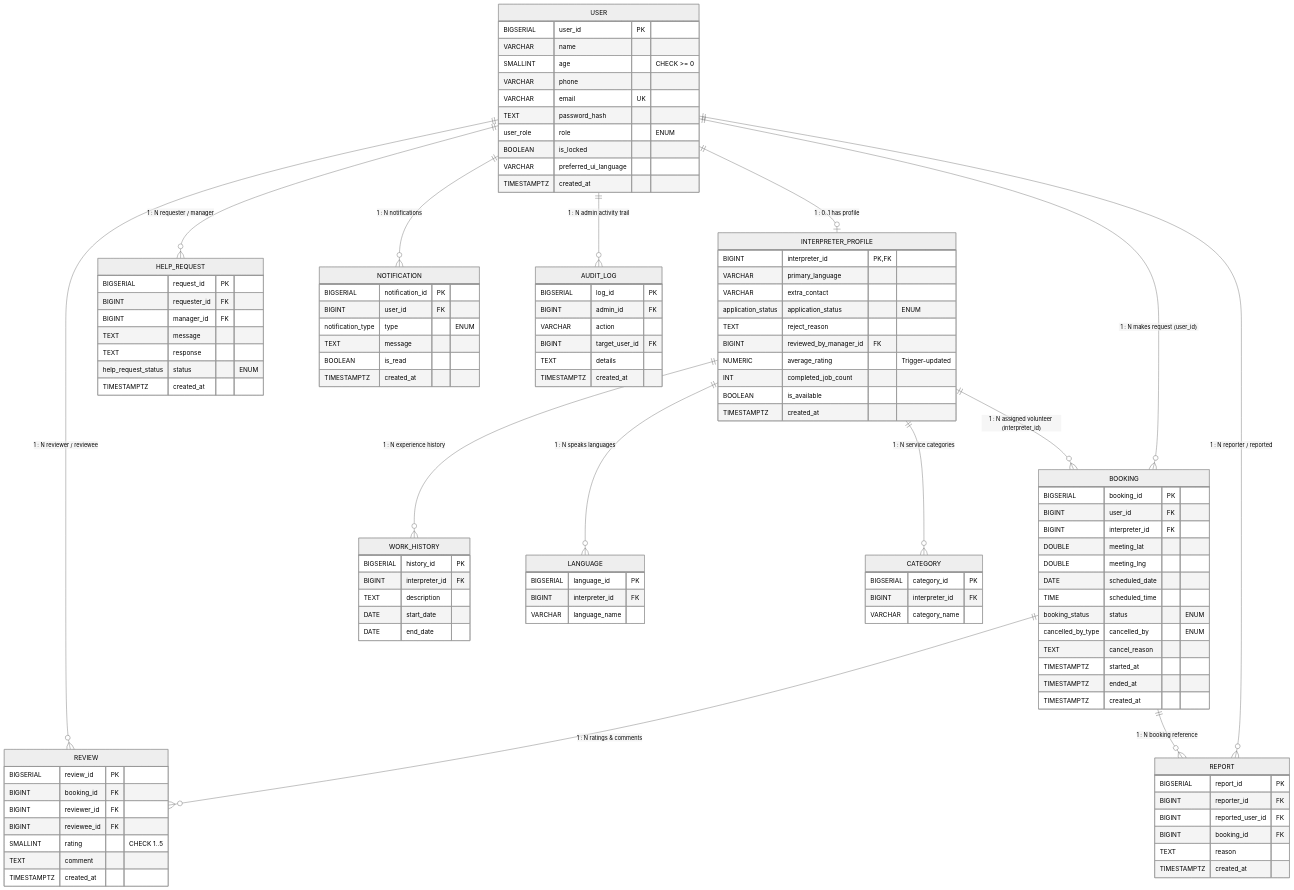
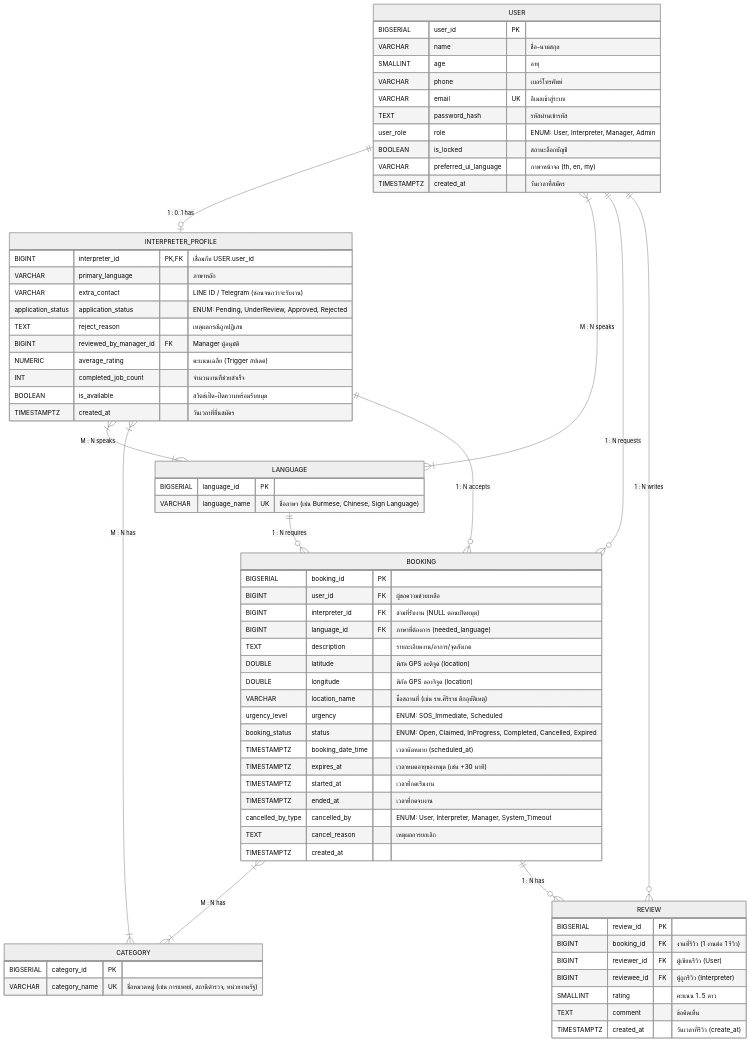
One commit to OnisawanO/khvi-helper changed the second of 3 diagrams in detail.md. Above: the diagram before and after it, drawn with Mermaid (neutral theme). The commit also changed other lines of this file, not shown here.

Commit message:
docs: update system design and specification for map-based SOS volunteer interpreter platform

````diff
--- a/detail.md
+++ b/detail.md
@@ -148,129 +150,81 @@
 ```mermaid
 erDiagram
-    USER ||--o| INTERPRETER_PROFILE : "1 : 0..1 has profile"
-    USER ||--o{ BOOKING : "1 : N makes request (user_id)"
-    INTERPRETER_PROFILE ||--o{ BOOKING : "1 : N assigned volunteer (interpreter_id)"
+    USER ||--o| INTERPRETER_PROFILE : "1 : 0..1 has"
+    USER }|--|{ LANGUAGE : "M : N speaks"
+    USER ||--o{ BOOKING : "1 : N requests"
+    USER ||--o{ REVIEW : "1 : N writes"
     
-    INTERPRETER_PROFILE ||--o{ WORK_HISTORY : "1 : N experience history"
-    INTERPRETER_PROFILE ||--o{ LANGUAGE : "1 : N speaks languages"
-    INTERPRETER_PROFILE ||--o{ CATEGORY : "1 : N service categories"
+    INTERPRETER_PROFILE }|--|{ LANGUAGE : "M : N speaks"
+    INTERPRETER_PROFILE }|--|{ CATEGORY : "M : N has"
+    INTERPRETER_PROFILE ||--o{ BOOKING : "1 : N accepts"
     
-    BOOKING ||--o{ REVIEW : "1 : N ratings & comments"
-    USER ||--o{ REVIEW : "1 : N reviewer / reviewee"
-    
-    USER ||--o{ HELP_REQUEST : "1 : N requester / manager"
-    USER ||--o{ REPORT : "1 : N reporter / reported"
-    BOOKING ||--o{ REPORT : "1 : N booking reference"
-    
-    USER ||--o{ NOTIFICATION : "1 : N notifications"
-    USER ||--o{ AUDIT_LOG : "1 : N admin activity trail"
+    LANGUAGE ||--o{ BOOKING : "1 : N requires"
+    BOOKING }|--|{ CATEGORY : "M : N has"
+    BOOKING ||--o{ REVIEW : "1 : N has"
 
     USER {
         BIGSERIAL user_id PK
-        VARCHAR name
-        SMALLINT age "CHECK >= 0"
-        VARCHAR phone
-        VARCHAR email UK
-        TEXT password_hash
-        user_role role "ENUM"
-        BOOLEAN is_locked
-        VARCHAR preferred_ui_language
-        TIMESTAMPTZ created_at
+        VARCHAR name "ชื่อ-นามสกุล"
+        SMALLINT age "อายุ"
+        VARCHAR phone "เบอร์โทรศัพท์"
+        VARCHAR email UK "อีเมลเข้าสู่ระบบ"
+        TEXT password_hash "รหัสผ่านเข้ารหัส"
+        user_role role "ENUM: User, Interpreter, Manager, Admin"
+        BOOLEAN is_locked "สถานะล็อกบัญชี"
+        VARCHAR preferred_ui_language "ภาษาหน้าจอ (th, en, my)"
+        TIMESTAMPTZ created_at "วันเวลาที่สมัคร"
     }
 
     INTERPRETER_PROFILE {
-        BIGINT interpreter_id PK,FK
-        VARCHAR primary_language
-        VARCHAR extra_contact
-        application_status application_status "ENUM"
-        TEXT reject_reason
-        BIGINT reviewed_by_manager_id FK
-        NUMERIC average_rating "Trigger-updated"
-        INT completed_job_count
-        BOOLEAN is_available
-        TIMESTAMPTZ created_at
+        BIGINT interpreter_id PK,FK "เชื่อมกับ USER.user_id"
+        VARCHAR primary_language "ภาษาหลัก"
+        VARCHAR extra_contact "LINE ID / Telegram (ซ่อนจนกว่าจะรับงาน)"
+        application_status application_status "ENUM: Pending, UnderReview, Approved, Rejected"
+        TEXT reject_reason "เหตุผลกรณีถูกปฏิเสธ"
+        BIGINT reviewed_by_manager_id FK "Manager ผู้อนุมัติ"
+        NUMERIC average_rating "คะแนนเฉลี่ย (Trigger อัปเดต)"
+        INT completed_job_count "จำนวนงานที่ช่วยสำเร็จ"
+        BOOLEAN is_available "สวิตช์เปิด-ปิดความพร้อมรับหมุด"
+        TIMESTAMPTZ created_at "วันเวลาที่ยื่นสมัคร"
     }
 
     LANGUAGE {
         BIGSERIAL language_id PK
-        BIGINT interpreter_id FK
-        VARCHAR language_name
+        VARCHAR language_name UK "ชื่อภาษา (เช่น Burmese, Chinese, Sign Language)"
     }
 
     CATEGORY {
         BIGSERIAL category_id PK
-        BIGINT interpreter_id FK
-        VARCHAR category_name
-    }
-
-    WORK_HISTORY {
-        BIGSERIAL history_id PK
-        BIGINT interpreter_id FK
-        TEXT description
-        DATE start_date
-        DATE end_date
+        VARCHAR category_name UK "ชื่อหมวดหมู่ (เช่น การแพทย์, สถานีตำรวจ, หน่วยงานรัฐ)"
     }
 
     BOOKING {
         BIGSERIAL booking_id PK
-        BIGINT user_id FK
-        BIGINT interpreter_id FK
-        DOUBLE meeting_lat
-        DOUBLE meeting_lng
-        DATE scheduled_date
-        TIME scheduled_time
-        booking_status status "ENUM"
-        cancelled_by_type cancelled_by "ENUM"
-        TEXT cancel_reason
-        TIMESTAMPTZ started_at
-        TIMESTAMPTZ ended_at
+        BIGINT user_id FK "ผู้ขอความช่วยเหลือ"
+        BIGINT interpreter_id FK "ล่ามที่รับงาน (NULL ตอนเปิดหมุด)"
+        BIGINT language_id FK "ภาษาที่ต้องการ (needed_language)"
+        TEXT description "รายละเอียดงาน/อาการ/จุดสังเกต"
+        DOUBLE latitude "พิกัด GPS ละติจูด (location)"
+        DOUBLE longitude "พิกัด GPS ลองจิจูด (location)"
+        VARCHAR location_name "ชื่อสถานที่ (เช่น รพ.ศิริราช ตึกอุบัติเหตุ)"
+        urgency_level urgency "ENUM: SOS_Immediate, Scheduled"
+        booking_status status "ENUM: Open, Claimed, InProgress, Completed, Cancelled, Expired"
+        TIMESTAMPTZ booking_date_time "เวลานัดหมาย (scheduled_at)"
+        TIMESTAMPTZ expires_at "เวลาหมดอายุของหมุด (เช่น +30 นาที)"
+        TIMESTAMPTZ started_at "เวลาที่กดเริ่มงาน"
+        TIMESTAMPTZ ended_at "เวลาที่กดจบงาน"
+        cancelled_by_type cancelled_by "ENUM: User, Interpreter, Manager, System_Timeout"
+        TEXT cancel_reason "เหตุผลการยกเลิก"
         TIMESTAMPTZ created_at
     }
 
     REVIEW {
         BIGSERIAL review_id PK
-        BIGINT booking_id FK
-        BIGINT reviewer_id FK
-        BIGINT reviewee_id FK
-        SMALLINT rating "CHECK 1..5"
-        TEXT comment
-        TIMESTAMPTZ created_at
-    }
-
-    HELP_REQUEST {
-        BIGSERIAL request_id PK
-        BIGINT requester_id FK
-        BIGINT manager_id FK
-        TEXT message
-        TEXT response
-        help_request_status status "ENUM"
-        TIMESTAMPTZ created_at
-    }
-
-    REPORT {
-        BIGSERIAL report_id PK
-        BIGINT reporter_id FK
-        BIGINT reported_user_id FK
-        BIGINT booking_id FK
-        TEXT reason
-        TIMESTAMPTZ created_at
-    }
-
-    NOTIFICATION {
-        BIGSERIAL notification_id PK
-        BIGINT user_id FK
-        notification_type type "ENUM"
-        TEXT message
-        BOOLEAN is_read
-        TIMESTAMPTZ created_at
-    }
-
-    AUDIT_LOG {
-        BIGSERIAL log_id PK
-        BIGINT admin_id FK
-        VARCHAR action
-        BIGINT target_user_id FK
-        TEXT details
-        TIMESTAMPTZ created_at
+        BIGINT booking_id FK "งานที่รีวิว (1 งานต่อ 1 รีวิว)"
+        BIGINT reviewer_id FK "ผู้เขียนรีวิว (User)"
+        BIGINT reviewee_id FK "ผู้ถูกรีวิว (Interpreter)"
+        SMALLINT rating "คะแนน 1..5 ดาว"
+        TEXT comment "ข้อคิดเห็น"
+        TIMESTAMPTZ created_at "วันเวลาที่รีวิว (create_at)"
     }
 ```
````
